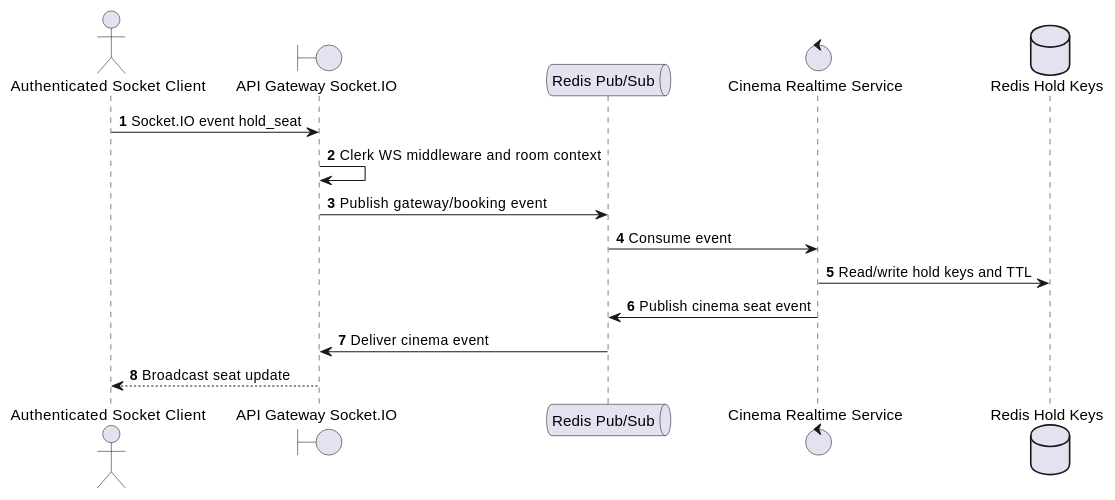
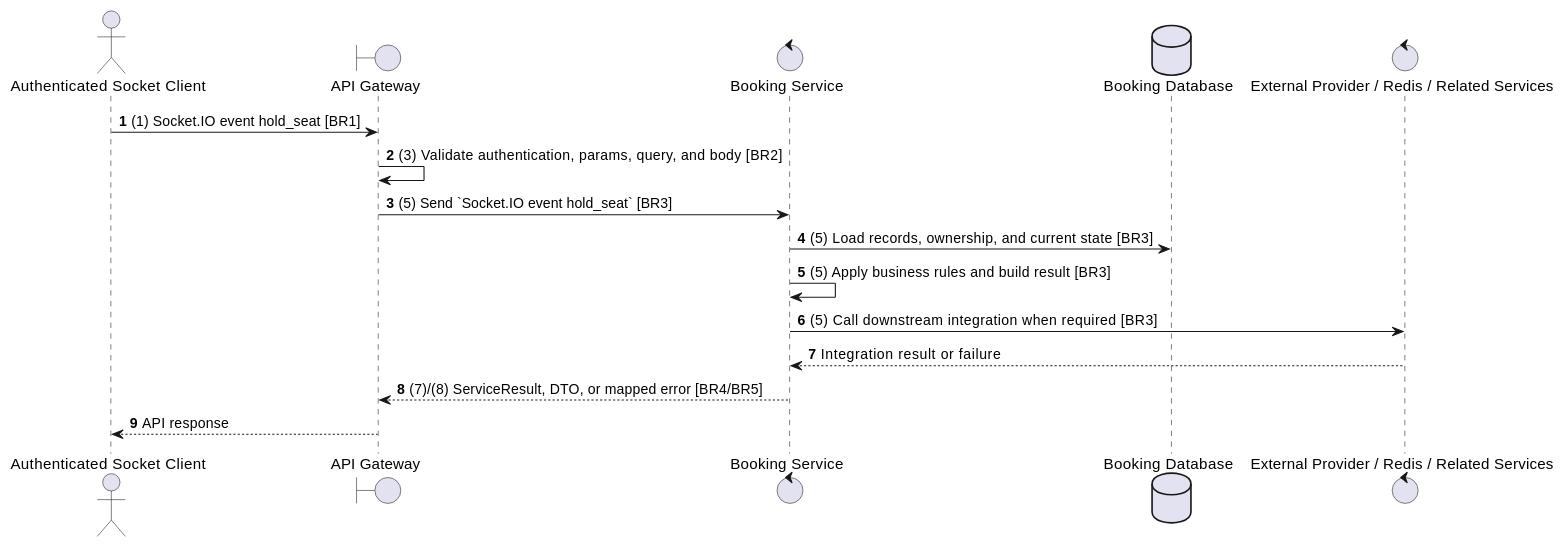
The second of 2 diagrams in docs/functional_specs/3.5.3_Real-time_Seat_Selection/RT-01_Hold_Seat.md (Tanh1603/movie-hub-architecture), drawn with PlantUML before and after one commit. The commit also changed other lines of this file and 129 other files, not shown here.

````diff
--- a/docs/functional_specs/3.5.3_Real-time_Seat_Selection/RT-01_Hold_Seat.md
+++ b/docs/functional_specs/3.5.3_Real-time_Seat_Selection/RT-01_Hold_Seat.md
@@ -17,19 +64,20 @@
 ```plantuml
 @startuml
 autonumber
 actor "Authenticated Socket Client" as Actor
-boundary "API Gateway Socket.IO" as GW
-queue "Redis Pub/Sub" as Redis
-control "Cinema Realtime Service" as CRS
-database "Redis Hold Keys" as Hold
+boundary "API Gateway" as GW
+control "Booking Service" as SVC
+database "Booking Database" as DB
+control "External Provider / Redis / Related Services" as EXT
 
-Actor -> GW: Socket.IO event hold_seat
-GW -> GW: Clerk WS middleware and room context
-GW -> Redis: Publish gateway/booking event
-Redis -> CRS: Consume event
-CRS -> Hold: Read/write hold keys and TTL
-CRS -> Redis: Publish cinema seat event
-Redis -> GW: Deliver cinema event
-GW --> Actor: Broadcast seat update
+Actor -> GW: (1) Socket.IO event hold_seat [BR1]
+GW -> GW: (3) Validate authentication, params, query, and body [BR2]
+GW -> SVC: (5) Send `Socket.IO event hold_seat` [BR3]
+SVC -> DB: (5) Load records, ownership, and current state [BR3]
+SVC -> SVC: (5) Apply business rules and build result [BR3]
+SVC -> EXT: (5) Call downstream integration when required [BR3]
+EXT --> SVC: Integration result or failure
+SVC --> GW: (7)/(8) ServiceResult, DTO, or mapped error [BR4/BR5]
+GW --> Actor: API response
 @enduml
 ```
````
